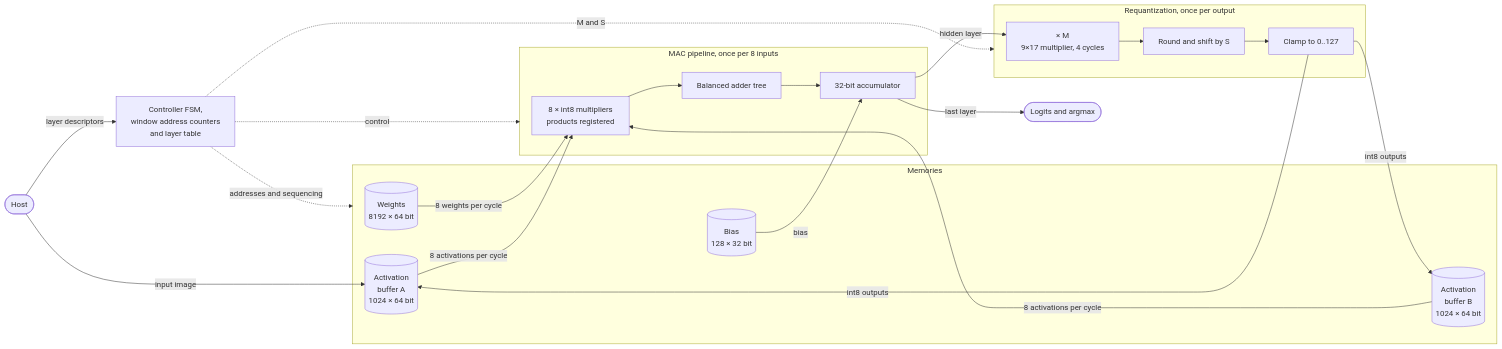
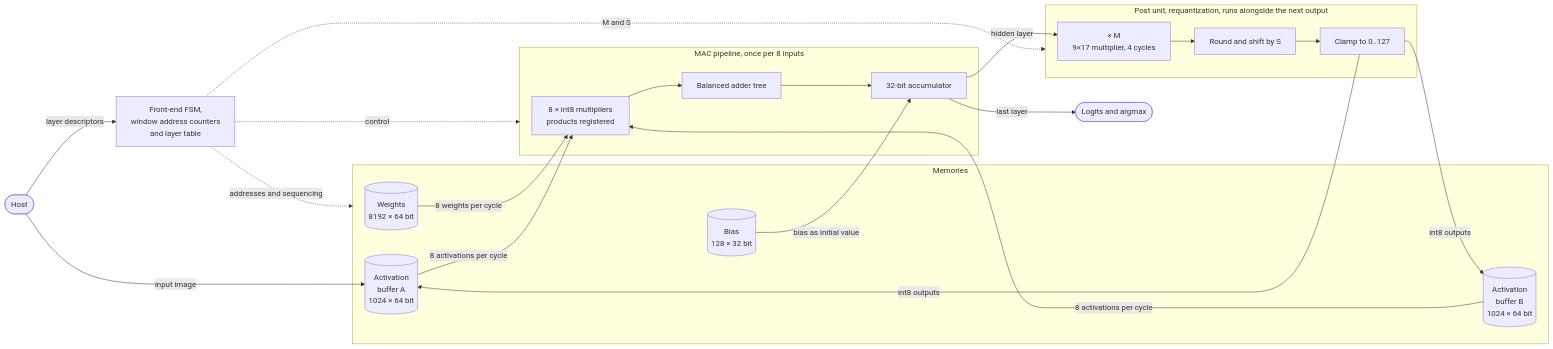
The diagram in README.md (lai3d/suanpan), drawn with Mermaid before and after one commit. The commit also changed other lines of this file and 5 other files, not shown here.

First line of the commit message:
Overlap requantization with the next output; CNN 47,072 -> 20,051 cycles

````diff
--- a/README.md
+++ b/README.md
@@ -84,42 +91,42 @@
 ```mermaid
 flowchart LR
     host([Host])
 
     subgraph mem[Memories]
         wmem[(Weights<br/>8192 × 64 bit)]
         bmem[(Bias<br/>128 × 32 bit)]
         bufa[(Activation<br/>buffer A<br/>1024 × 64 bit)]
         bufb[(Activation<br/>buffer B<br/>1024 × 64 bit)]
     end
 
     subgraph mac[MAC pipeline, once per 8 inputs]
         mul[8 × int8 multipliers<br/>products registered]
         tree[Balanced adder tree]
         acc[32-bit accumulator]
         mul --> tree --> acc
     end
 
-    subgraph rq[Requantization, once per output]
+    subgraph rq[Post unit, requantization, runs alongside the next output]
         hmul[× M<br/>9×17 multiplier, 4 cycles]
         rnd[Round and shift by S]
         clamp[Clamp to 0..127]
         hmul --> rnd --> clamp
     end
 
-    ctrl[Controller FSM,<br/>window address counters<br/>and layer table]
+    ctrl[Front-end FSM,<br/>window address counters<br/>and layer table]
     out([Logits and argmax])
 
     host -- input image --> bufa
     host -- layer descriptors --> ctrl
     wmem -- 8 weights per cycle --> mul
     bufa -- 8 activations per cycle --> mul
     bufb -- 8 activations per cycle --> mul
-    bmem -- bias --> acc
+    bmem -- bias as initial value --> acc
     acc -- hidden layer --> hmul
     clamp -- int8 outputs --> bufb
     clamp -- int8 outputs --> bufa
     acc -- last layer --> out
     ctrl -. addresses and sequencing .-> mem
     ctrl -. control .-> mac
     ctrl -. M and S .-> rq
 ```
````
